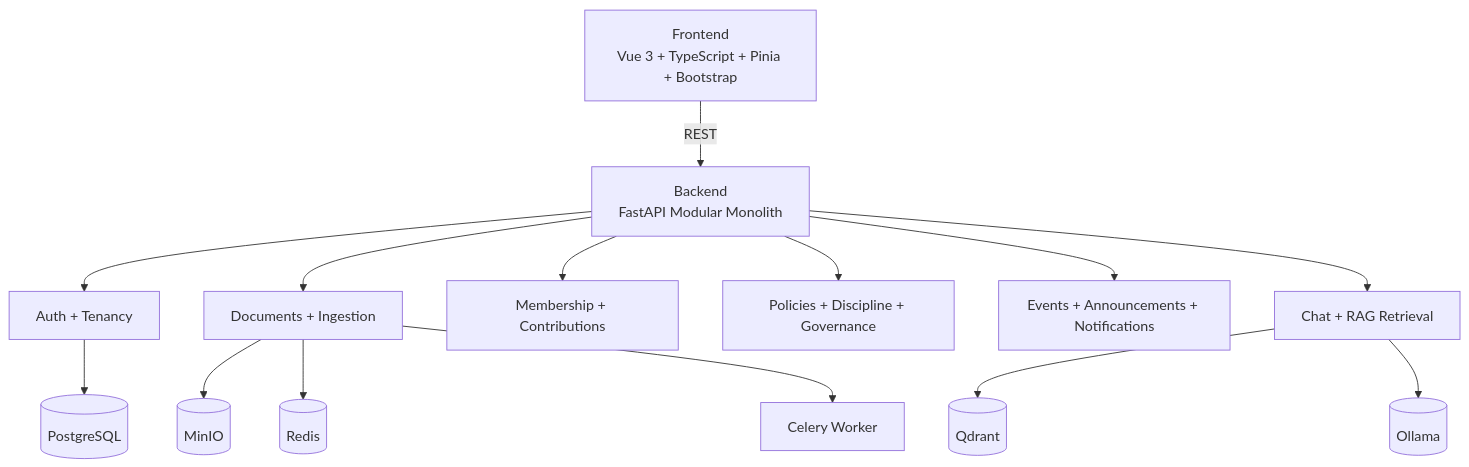
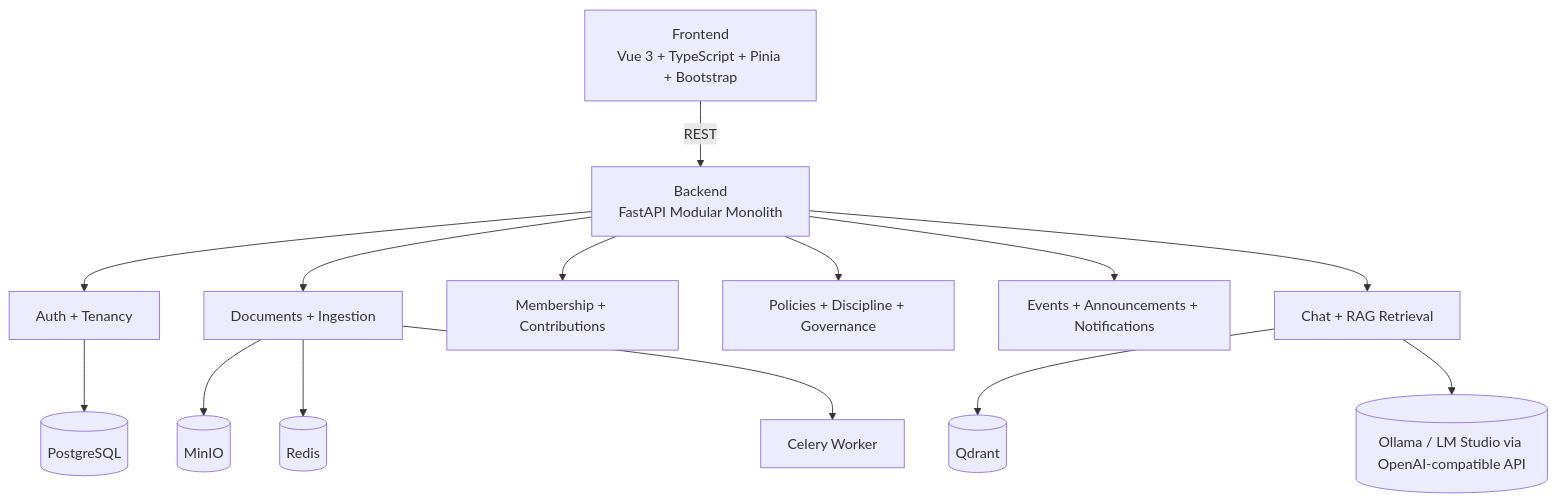
Before and after one commit to VirgileDjimgou/Kairo: the diagram in README.md, drawn with Mermaid. The commit also changed other lines of this file and 28 other files, not shown here.

First line of the commit message:
feat: Introduce OpenAI-compatible providers for embeddings and LLMs

````diff
--- a/README.md
+++ b/README.md
@@ -41,18 +41,18 @@
 ```mermaid
 flowchart TB
   UI[Frontend\nVue 3 + TypeScript + Pinia + Bootstrap] -->|REST| API[Backend\nFastAPI Modular Monolith]
 
   API --> AUTH[Auth + Tenancy]
   API --> DOCS[Documents + Ingestion]
   API --> MEMBERS[Membership + Contributions]
   API --> GOV[Policies + Discipline + Governance]
   API --> OPS[Events + Announcements + Notifications]
   API --> RAG[Chat + RAG Retrieval]
 
   AUTH --> PG[(PostgreSQL)]
   DOCS --> MINIO[(MinIO)]
   DOCS --> REDIS[(Redis)]
   DOCS --> CELERY[Celery Worker]
   RAG --> QDRANT[(Qdrant)]
-  RAG --> OLLAMA[(Ollama)]
+  RAG --> OLLAMA[(Ollama / LM Studio via OpenAI-compatible API)]
 ```
````
